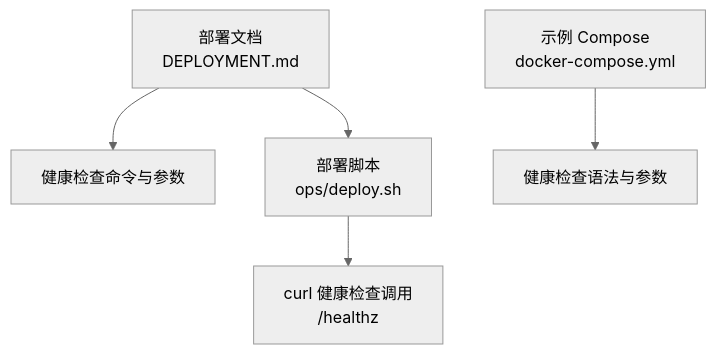
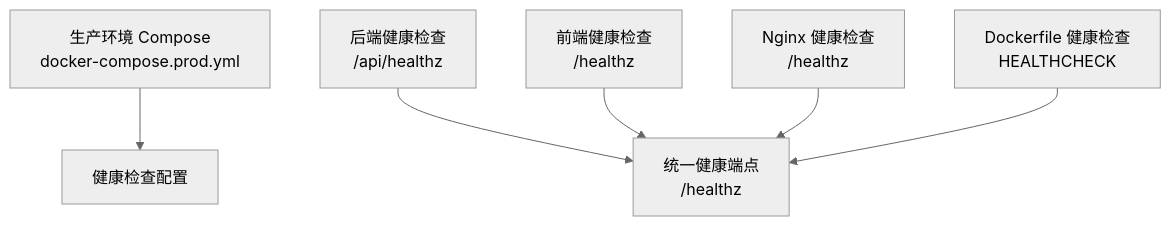
One commit to Will0253/zczk changed the first of 8 diagrams in .qoder/repowiki/zh/content/部署和运维/监控运维/健康检查机制.md. Above: the diagram before and after it, drawn with Mermaid (neutral theme). The commit also changed other lines of this file and 13 other files, not shown here.

````diff
--- a/.qoder/repowiki/zh/content/部署和运维/监控运维/健康检查机制.md
+++ b/.qoder/repowiki/zh/content/部署和运维/监控运维/健康检查机制.md
@@ -39,7 +56,8 @@
 ```mermaid
 graph TB
-A["部署文档<br/>DEPLOYMENT.md"] --> B["健康检查命令与参数"]
-A --> C["部署脚本<br/>ops/deploy.sh"]
-C --> D["curl 健康检查调用<br/>/healthz"]
-E["示例 Compose<br/>docker-compose.yml"] --> F["健康检查语法与参数"]
+A["生产环境 Compose<br/>docker-compose.prod.yml"] --> B["健康检查配置"]
+C["后端健康检查<br/>/api/healthz"] --> D["统一健康端点<br/>/healthz"]
+E["前端健康检查<br/>/healthz"] --> D
+F["Nginx 健康检查<br/>/healthz"] --> D
+G["Dockerfile 健康检查<br/>HEALTHCHECK"] --> D
 ```
````
